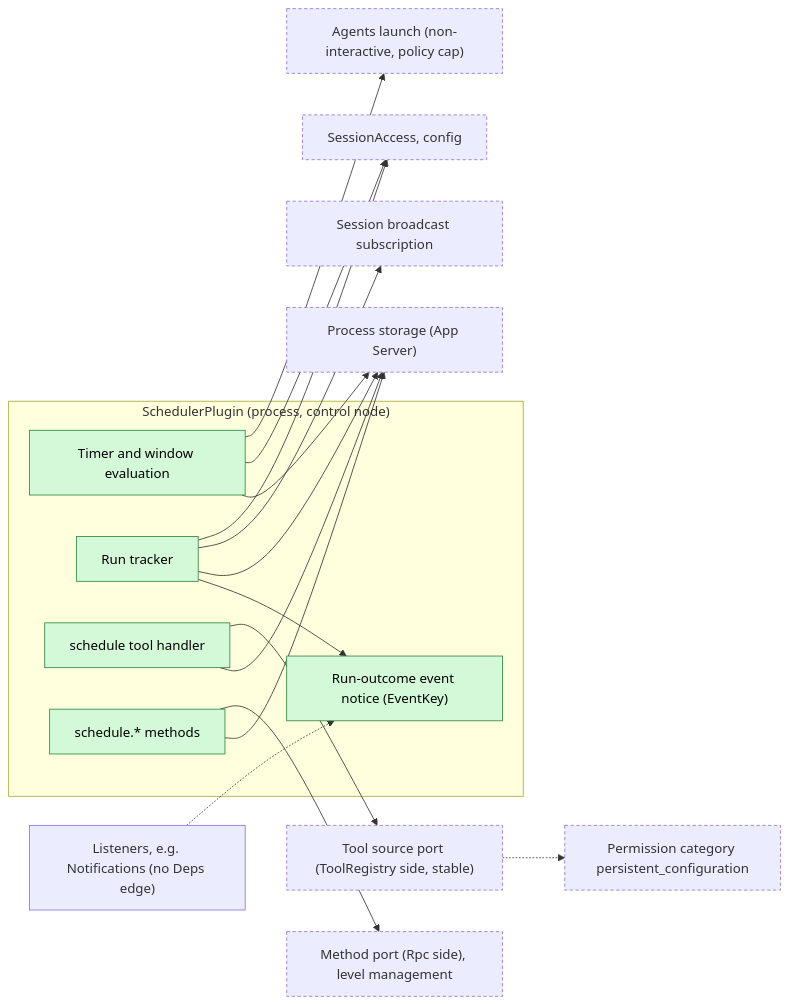
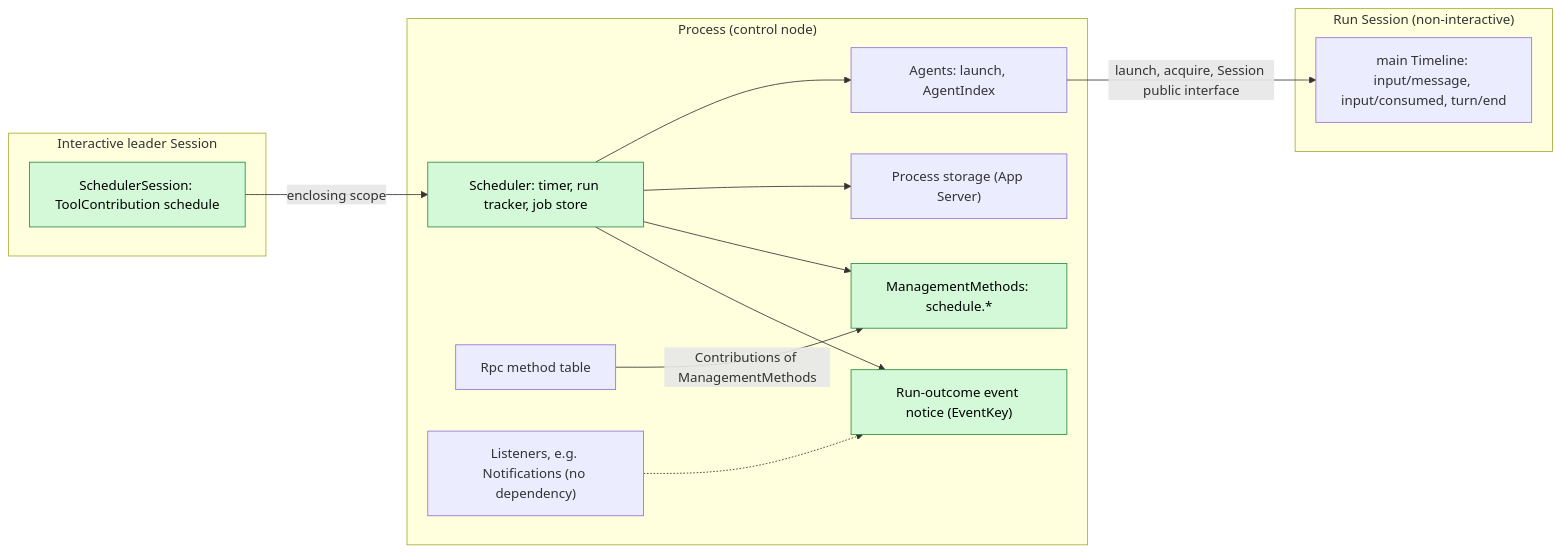
The first of 6 diagrams in docs/design/plugins/Scheduler.md (CoutinhoTTS/dim-agent), drawn with Mermaid before and after one commit. The commit also changed other lines of this file and 3 other files, not shown here.

Commit message:
docs(design): rescope Scheduler, Workflow, ExternalAgent and AcpGateway per ADR 002

````diff
--- a/docs/design/plugins/Scheduler.md
+++ b/docs/design/plugins/Scheduler.md
@@ -9,35 +9,28 @@
 ```mermaid
 flowchart LR
-  subgraph Sched["SchedulerPlugin (process, control node)"]
-    Timer["Timer and window evaluation"]
-    Runs["Run tracker"]
-    Tool["schedule tool handler"]
-    Mgmt["schedule.* methods"]
+  subgraph PROC["Process (control node)"]
+    Sched["Scheduler: timer, run tracker, job store"]
+    MM["ManagementMethods: schedule.*"]
     Out["Run-outcome event notice (EventKey)"]
+    Agents["Agents: launch, AgentIndex"]
+    Rpc["Rpc method table"]
+    Store["Process storage (App Server)"]
+    Listen["Listeners, e.g. Notifications (no dependency)"]
   end
-  ToolReg["Tool source port (ToolRegistry side, stable)"]
-  MgmtReg["Method port (Rpc side), level management"]
-  Launch["Agents launch (non-interactive, policy cap)"]
-  Access["SessionAccess, config"]
-  Events["Session broadcast subscription"]
-  Subs["Listeners, e.g. Notifications (no Deps edge)"]
-  Store["Process storage (App Server)"]
-  Perm["Permission category persistent_configuration"]
-  Tool --> ToolReg
-  Mgmt --> MgmtReg
-  Timer --> Launch
-  Timer --> Access
-  Runs --> Access
-  Runs --> Events
-  Timer --> Store
-  Runs --> Store
-  Tool --> Store
-  Mgmt --> Store
-  Runs --> Out
-  Subs -.-> Out
-  ToolReg -.-> Perm
+  subgraph SESS["Interactive leader Session"]
+    Tool["SchedulerSession: ToolContribution schedule"]
+  end
+  subgraph RUN["Run Session (non-interactive)"]
+    TL["main Timeline: input/message, input/consumed, turn/end"]
+  end
+  Tool -->|"enclosing scope"| Sched
+  Sched --> Agents
+  Sched --> Store
+  Sched --> MM
+  Rpc -->|"Contributions of ManagementMethods"| MM
+  Agents -->|"launch, acquire, Session public interface"| TL
+  Sched --> Out
+  Listen -.-> Out
   classDef new fill:#d3f9d8,stroke:#2b8a3e,color:#000
-  classDef contract stroke-dasharray:4 3
-  class Timer,Runs,Tool,Mgmt,Out new
-  class ToolReg,MgmtReg,Launch,Access,Events,Store,Perm contract
+  class Sched,MM,Out,Tool new
 ```
````
